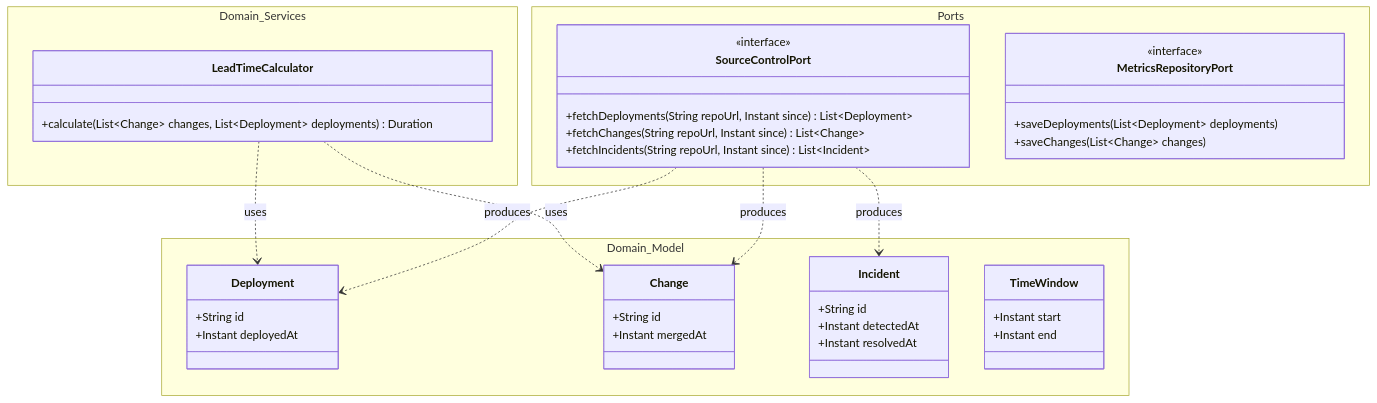
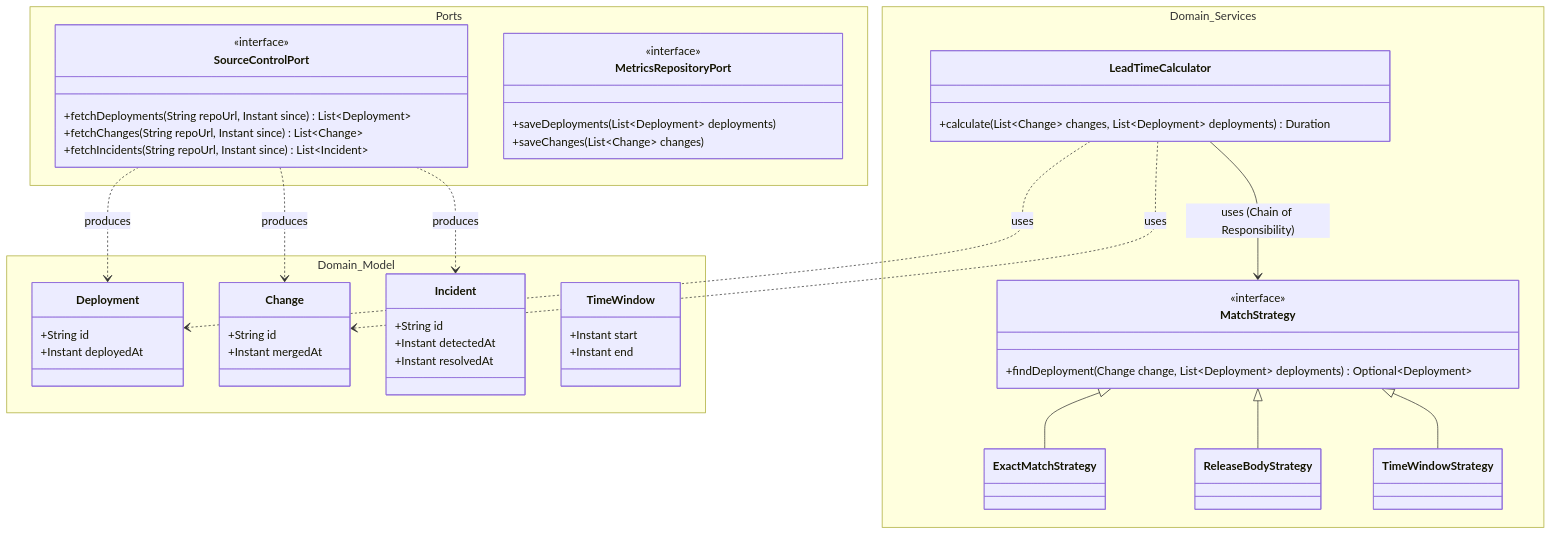
One commit to lacinos/dora-metrics-viewer changed the second of 3 diagrams in architecture.md. Above: the diagram before and after it, drawn with Mermaid. The commit also changed other lines of this file and 12 other files, not shown here.

Commit message:
afterarchitecture verification

````diff
--- a/architecture.md
+++ b/architecture.md
@@ -22,49 +22,60 @@
 ```mermaid
 classDiagram
     namespace Domain_Model {
         class Deployment {
             +String id
             +Instant deployedAt
         }
         class Change {
             +String id
             +Instant mergedAt
         }
         class Incident {
             +String id
             +Instant detectedAt
             +Instant resolvedAt
         }
         class TimeWindow {
             +Instant start
             +Instant end
         }
     }
 
     namespace Ports {
         class SourceControlPort {
             <<interface>>
             +fetchDeployments(String repoUrl, Instant since) List~Deployment~
             +fetchChanges(String repoUrl, Instant since) List~Change~
             +fetchIncidents(String repoUrl, Instant since) List~Incident~
         }
         class MetricsRepositoryPort {
             <<interface>>
             +saveDeployments(List~Deployment~ deployments)
             +saveChanges(List~Change~ changes)
         }
     }
 
     namespace Domain_Services {
         class LeadTimeCalculator {
             +calculate(List~Change~ changes, List~Deployment~ deployments) Duration
         }
+        class MatchStrategy {
+            <<interface>>
+            +findDeployment(Change change, List~Deployment~ deployments) Optional~Deployment~
+        }
+        class ExactMatchStrategy
+        class ReleaseBodyStrategy
+        class TimeWindowStrategy
     }
 
     SourceControlPort ..> Deployment : produces
     SourceControlPort ..> Change : produces
     SourceControlPort ..> Incident : produces
     
     LeadTimeCalculator ..> Change : uses
     LeadTimeCalculator ..> Deployment : uses
+    LeadTimeCalculator --> MatchStrategy : uses (Chain of Responsibility)
+    MatchStrategy <|-- ExactMatchStrategy
+    MatchStrategy <|-- ReleaseBodyStrategy
+    MatchStrategy <|-- TimeWindowStrategy
 ```
````
